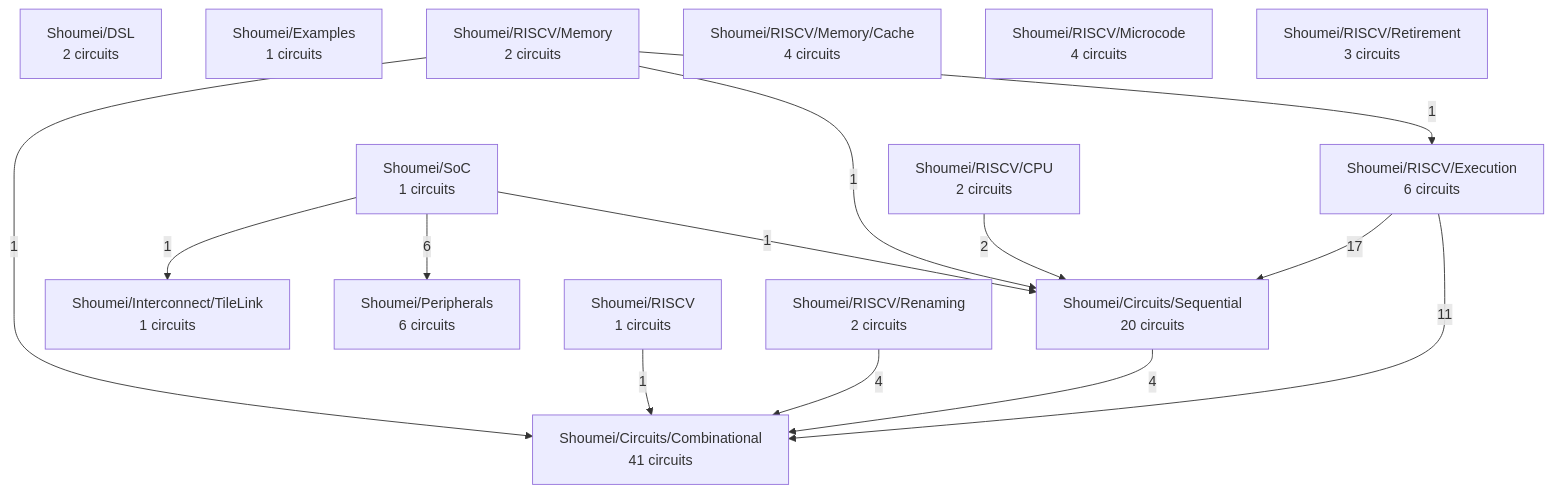
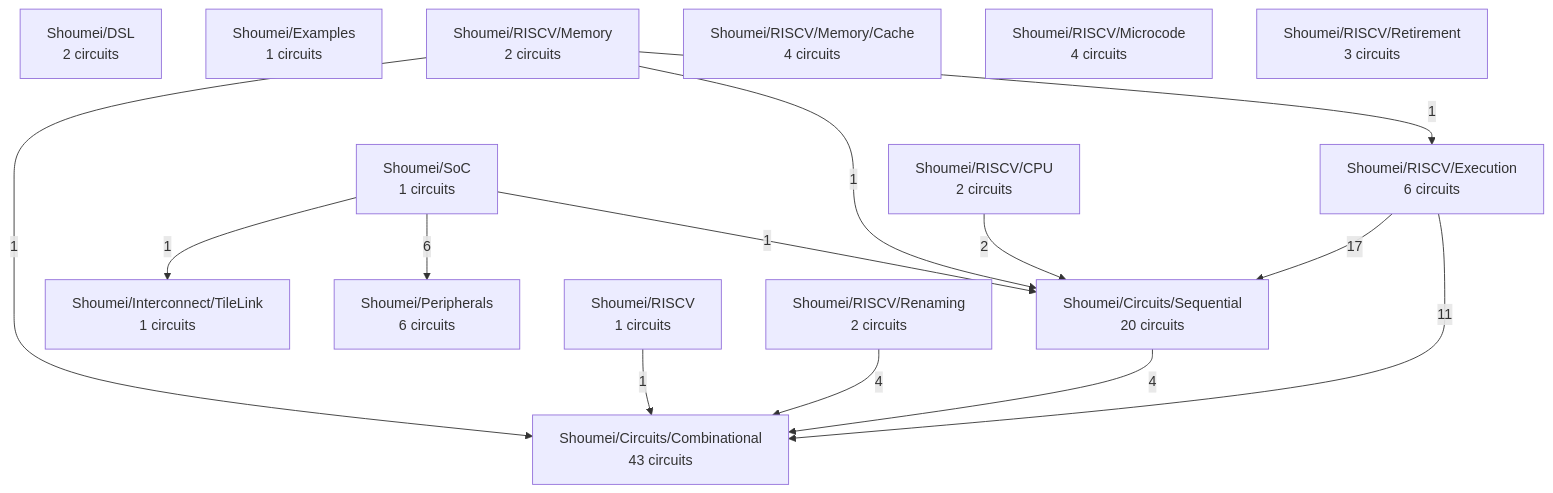
Before and after one commit to atvrager/Shoumei-RTL: the diagram in docs/project-map.md, drawn with Mermaid. The commit also changed other lines of this file and 5 other files, not shown here.

````diff
--- a/docs/project-map.md
+++ b/docs/project-map.md
@@ -27,30 +27,30 @@
 ```mermaid
 graph TD
-  Shoumei_Circuits_Combinational["Shoumei/Circuits/Combinational<br/>41 circuits"]
+  Shoumei_Circuits_Combinational["Shoumei/Circuits/Combinational<br/>43 circuits"]
   Shoumei_Circuits_Sequential["Shoumei/Circuits/Sequential<br/>20 circuits"]
   Shoumei_DSL["Shoumei/DSL<br/>2 circuits"]
   Shoumei_Examples["Shoumei/Examples<br/>1 circuits"]
   Shoumei_Interconnect_TileLink["Shoumei/Interconnect/TileLink<br/>1 circuits"]
   Shoumei_Peripherals["Shoumei/Peripherals<br/>6 circuits"]
   Shoumei_RISCV["Shoumei/RISCV<br/>1 circuits"]
   Shoumei_RISCV_CPU["Shoumei/RISCV/CPU<br/>2 circuits"]
   Shoumei_RISCV_Execution["Shoumei/RISCV/Execution<br/>6 circuits"]
   Shoumei_RISCV_Memory["Shoumei/RISCV/Memory<br/>2 circuits"]
   Shoumei_RISCV_Memory_Cache["Shoumei/RISCV/Memory/Cache<br/>4 circuits"]
   Shoumei_RISCV_Microcode["Shoumei/RISCV/Microcode<br/>4 circuits"]
   Shoumei_RISCV_Renaming["Shoumei/RISCV/Renaming<br/>2 circuits"]
   Shoumei_RISCV_Retirement["Shoumei/RISCV/Retirement<br/>3 circuits"]
   Shoumei_SoC["Shoumei/SoC<br/>1 circuits"]
   Shoumei_RISCV_Execution -->|17| Shoumei_Circuits_Sequential
   Shoumei_RISCV_Execution -->|11| Shoumei_Circuits_Combinational
   Shoumei_SoC -->|6| Shoumei_Peripherals
   Shoumei_Circuits_Sequential -->|4| Shoumei_Circuits_Combinational
   Shoumei_RISCV_Renaming -->|4| Shoumei_Circuits_Combinational
   Shoumei_RISCV_CPU -->|2| Shoumei_Circuits_Sequential
   Shoumei_RISCV -->|1| Shoumei_Circuits_Combinational
   Shoumei_RISCV_Memory -->|1| Shoumei_Circuits_Combinational
   Shoumei_RISCV_Memory -->|1| Shoumei_Circuits_Sequential
   Shoumei_RISCV_Memory -->|1| Shoumei_RISCV_Execution
   Shoumei_SoC -->|1| Shoumei_Circuits_Sequential
   Shoumei_SoC -->|1| Shoumei_Interconnect_TileLink
 ```
````
